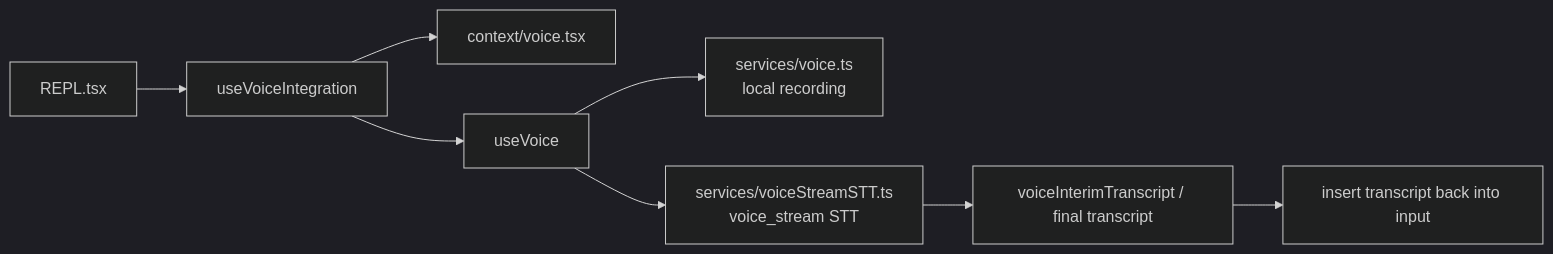
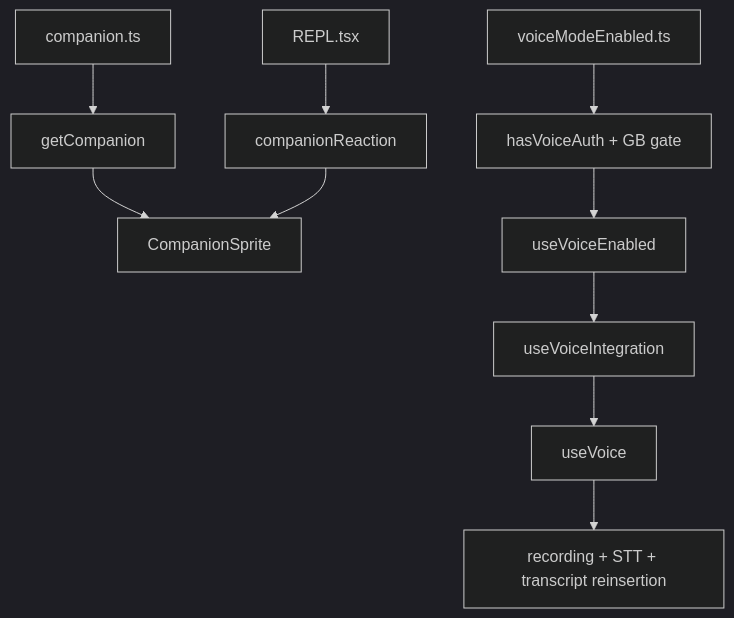
The second of 2 diagrams in MODULES/04-buddy-voice-vim-and-terminal-ui/DEEP/README.md (Boulea7/ClaudeCode-Source-DeepDive), drawn with Mermaid (dark theme) before and after one commit. The commit also changed other lines of this file and 92 other files, not shown here.

````diff
--- a/MODULES/04-buddy-voice-vim-and-terminal-ui/DEEP/README.md
+++ b/MODULES/04-buddy-voice-vim-and-terminal-ui/DEEP/README.md
@@ -265,10 +135,12 @@
 ```mermaid
-flowchart LR
-    A[REPL.tsx] --> B[useVoiceIntegration]
-    B --> C[context/voice.tsx]
-    B --> D[useVoice]
-    D --> E[services/voice.ts<br/>local recording]
-    D --> F[services/voiceStreamSTT.ts<br/>voice_stream STT]
-    F --> G[voiceInterimTranscript / final transcript]
-    G --> H[insert transcript back into input]
+flowchart TD
+    A[companion.ts] --> B[getCompanion]
+    B --> C[CompanionSprite]
+    D[REPL.tsx] --> E[companionReaction]
+    E --> C
+    F[voiceModeEnabled.ts] --> G[hasVoiceAuth + GB gate]
+    G --> H[useVoiceEnabled]
+    H --> I[useVoiceIntegration]
+    I --> J[useVoice]
+    J --> K[recording + STT + transcript reinsertion]
 ```
````
